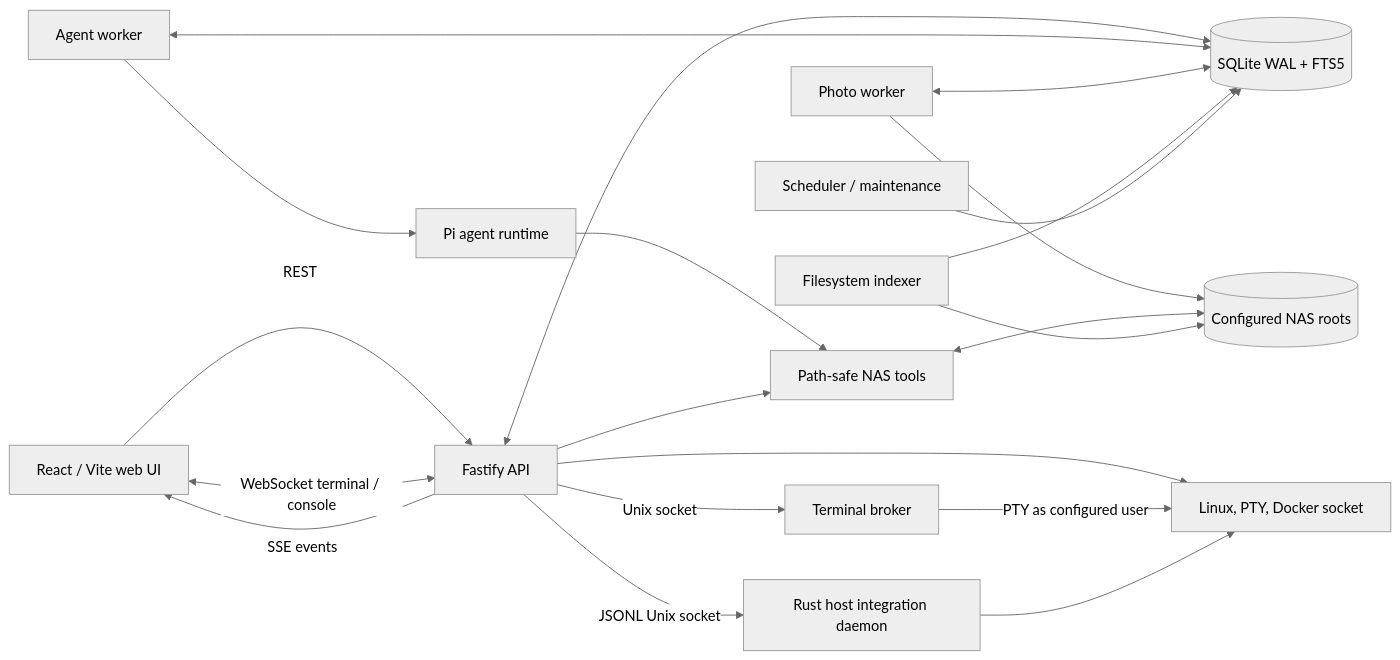
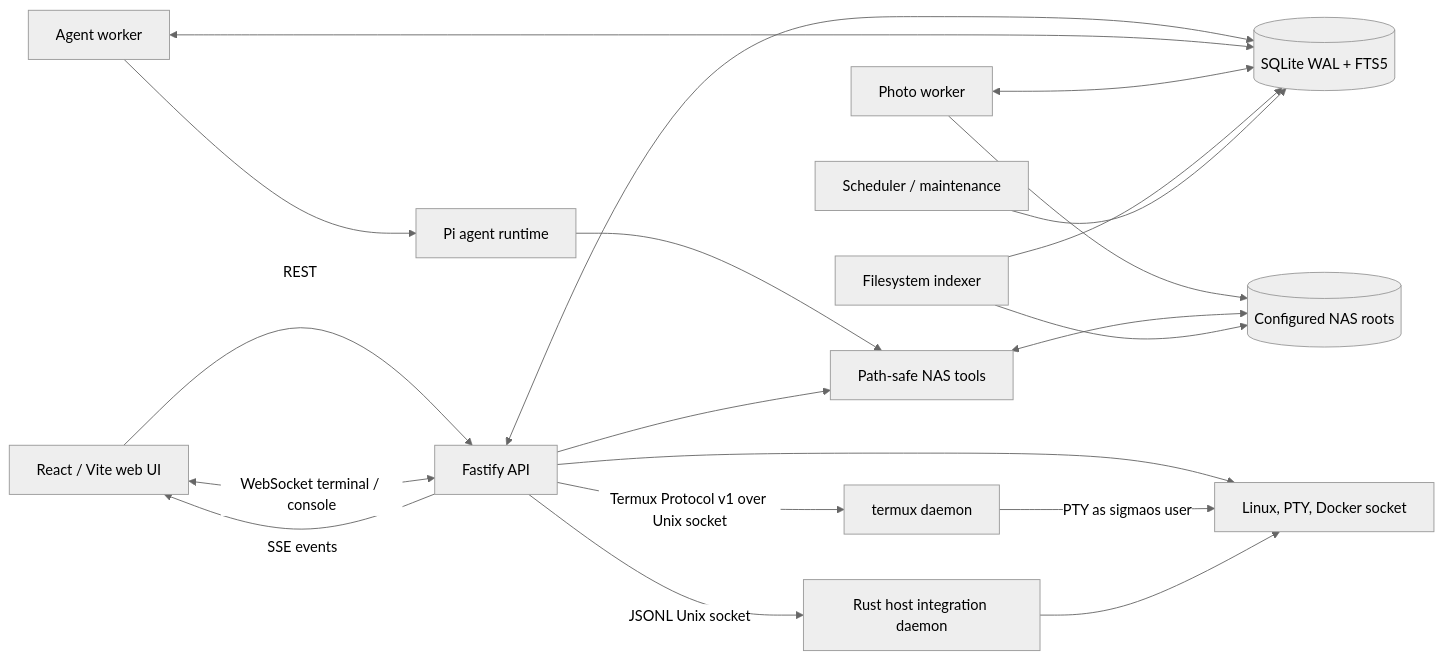
The diagram in README.md (zhubby/SigmaOS), drawn with Mermaid (neutral theme) before and after one commit. The commit also changed other lines of this file and 94 other files, not shown here.

First line of the commit message:
feat(termux): replace terminal helper with Rust daemon

````diff
--- a/README.md
+++ b/README.md
@@ -76,35 +76,35 @@
 ```mermaid
 flowchart LR
   Browser["React / Vite web UI"]
   API["Fastify API"]
   DB[("SQLite WAL + FTS5")]
   Worker["Agent worker"]
   PhotoWorker["Photo worker"]
   Agent["Pi agent runtime"]
   Indexer["Filesystem indexer"]
   Scheduler["Scheduler / maintenance"]
   Tools["Path-safe NAS tools"]
   Roots[("Configured NAS roots")]
   Host["Linux, PTY, Docker socket"]
   Hostd["Rust host integration daemon"]
 
   Browser -->|REST| API
   API -->|SSE events| Browser
   Browser <-->|WebSocket terminal / console| API
   API <--> DB
   Worker <--> DB
   Worker --> Agent
   PhotoWorker <--> DB
   PhotoWorker --> Roots
   Agent --> Tools
   API --> Tools
   Tools <--> Roots
   Indexer --> Roots
   Indexer --> DB
   Scheduler --> DB
   API --> Host
-  API -->|Unix socket| TerminalBroker[Terminal broker]
-  TerminalBroker -->|PTY as configured user| Host
+  API -->|Termux Protocol v1 over Unix socket| Termux[termux daemon]
+  Termux -->|PTY as sigmaos user| Host
   API -->|JSONL Unix socket| Hostd
   Hostd --> Host
 ```
````
